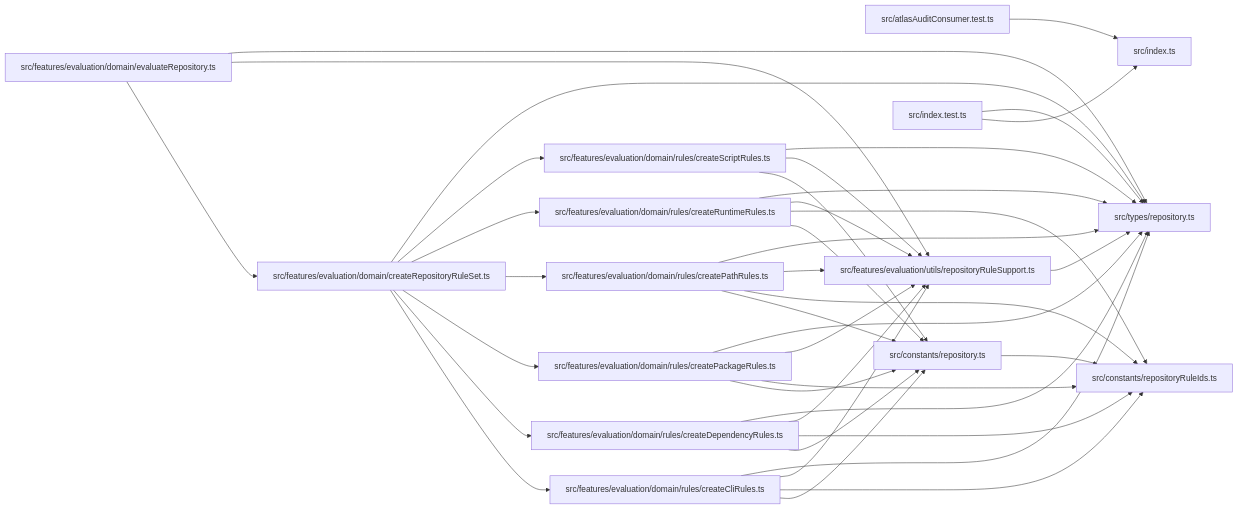
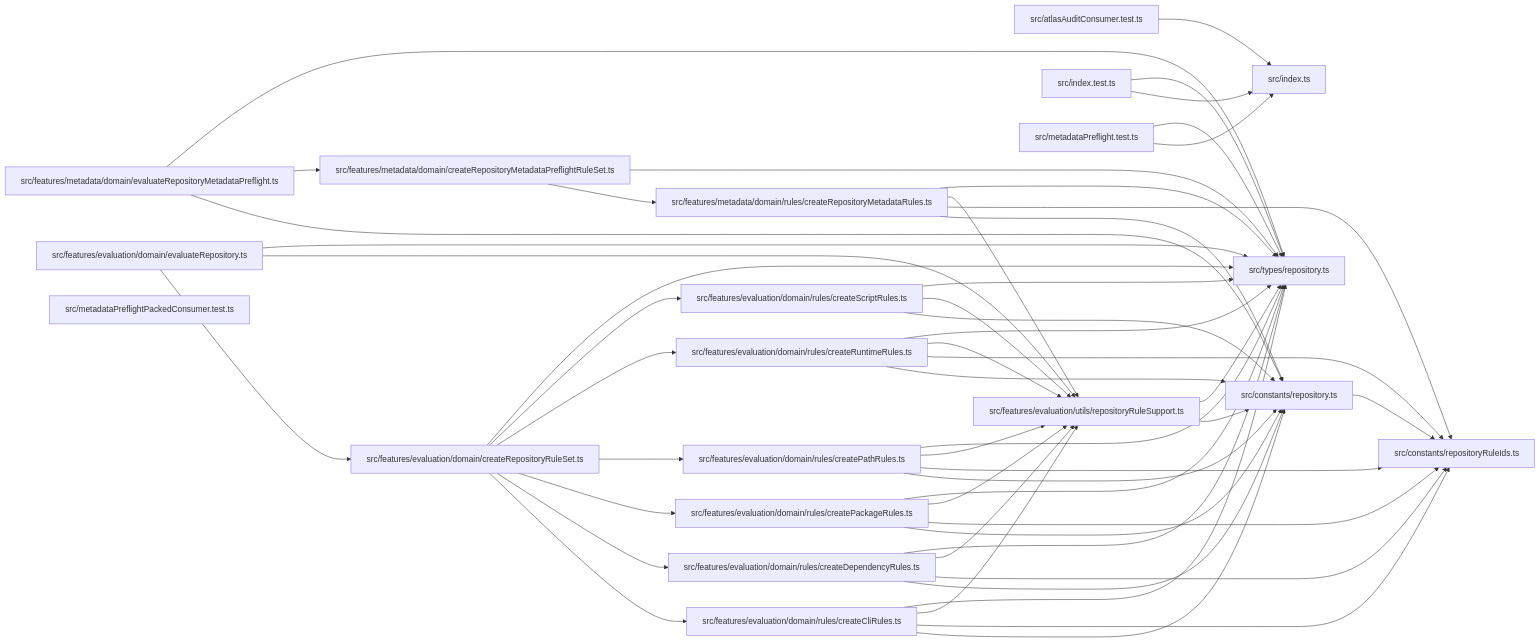
The diagram in paradox/diagrams/module-relationships.mmd (ankhorage/rules-repository), drawn with Mermaid before and after one commit. The commit also changed 12 other files, not shown here.

```diff
--- a/paradox/diagrams/module-relationships.mmd
+++ b/paradox/diagrams/module-relationships.mmd
@@ -1,54 +1,71 @@
 graph LR
   module_src_atlasAuditConsumer_test_ts["src/atlasAuditConsumer.test.ts"]
   module_src_constants_repository_ts["src/constants/repository.ts"]
   module_src_constants_repositoryRuleIds_ts["src/constants/repositoryRuleIds.ts"]
   module_src_features_evaluation_domain_createRepositoryRuleSet_ts["src/features/evaluation/domain/createRepositoryRuleSet.ts"]
   module_src_features_evaluation_domain_evaluateRepository_ts["src/features/evaluation/domain/evaluateRepository.ts"]
   module_src_features_evaluation_domain_rules_createCliRules_ts["src/features/evaluation/domain/rules/createCliRules.ts"]
   module_src_features_evaluation_domain_rules_createDependencyRules_ts["src/features/evaluation/domain/rules/createDependencyRules.ts"]
   module_src_features_evaluation_domain_rules_createPackageRules_ts["src/features/evaluation/domain/rules/createPackageRules.ts"]
   module_src_features_evaluation_domain_rules_createPathRules_ts["src/features/evaluation/domain/rules/createPathRules.ts"]
   module_src_features_evaluation_domain_rules_createRuntimeRules_ts["src/features/evaluation/domain/rules/createRuntimeRules.ts"]
   module_src_features_evaluation_domain_rules_createScriptRules_ts["src/features/evaluation/domain/rules/createScriptRules.ts"]
   module_src_features_evaluation_utils_repositoryRuleSupport_ts["src/features/evaluation/utils/repositoryRuleSupport.ts"]
+  module_src_features_metadata_domain_createRepositoryMetadataPreflightRuleSet_ts["src/features/metadata/domain/createRepositoryMetadataPreflightRuleSet.ts"]
+  module_src_features_metadata_domain_evaluateRepositoryMetadataPreflight_ts["src/features/metadata/domain/evaluateRepositoryMetadataPreflight.ts"]
+  module_src_features_metadata_domain_rules_createRepositoryMetadataRules_ts["src/features/metadata/domain/rules/createRepositoryMetadataRules.ts"]
   module_src_index_test_ts["src/index.test.ts"]
   module_src_index_ts["src/index.ts"]
+  module_src_metadataPreflight_test_ts["src/metadataPreflight.test.ts"]
+  module_src_metadataPreflightPackedConsumer_test_ts["src/metadataPreflightPackedConsumer.test.ts"]
   module_src_types_repository_ts["src/types/repository.ts"]
   module_src_atlasAuditConsumer_test_ts --> module_src_index_ts
   module_src_constants_repository_ts --> module_src_constants_repositoryRuleIds_ts
   module_src_features_evaluation_domain_createRepositoryRuleSet_ts --> module_src_features_evaluation_domain_rules_createCliRules_ts
   module_src_features_evaluation_domain_createRepositoryRuleSet_ts --> module_src_features_evaluation_domain_rules_createDependencyRules_ts
   module_src_features_evaluation_domain_createRepositoryRuleSet_ts --> module_src_features_evaluation_domain_rules_createPackageRules_ts
   module_src_features_evaluation_domain_createRepositoryRuleSet_ts --> module_src_features_evaluation_domain_rules_createPathRules_ts
   module_src_features_evaluation_domain_createRepositoryRuleSet_ts --> module_src_features_evaluation_domain_rules_createRuntimeRules_ts
   module_src_features_evaluation_domain_createRepositoryRuleSet_ts --> module_src_features_evaluation_domain_rules_createScriptRules_ts
   module_src_features_evaluation_domain_createRepositoryRuleSet_ts --> module_src_types_repository_ts
   module_src_features_evaluation_domain_evaluateRepository_ts --> module_src_features_evaluation_domain_createRepositoryRuleSet_ts
   module_src_features_evaluation_domain_evaluateRepository_ts --> module_src_features_evaluation_utils_repositoryRuleSupport_ts
   module_src_features_evaluation_domain_evaluateRepository_ts --> module_src_types_repository_ts
   module_src_features_evaluation_domain_rules_createCliRules_ts --> module_src_constants_repository_ts
   module_src_features_evaluation_domain_rules_createCliRules_ts --> module_src_constants_repositoryRuleIds_ts
   module_src_features_evaluation_domain_rules_createCliRules_ts --> module_src_features_evaluation_utils_repositoryRuleSupport_ts
   module_src_features_evaluation_domain_rules_createCliRules_ts --> module_src_types_repository_ts
   module_src_features_evaluation_domain_rules_createDependencyRules_ts --> module_src_constants_repository_ts
   module_src_features_evaluation_domain_rules_createDependencyRules_ts --> module_src_constants_repositoryRuleIds_ts
   module_src_features_evaluation_domain_rules_createDependencyRules_ts --> module_src_features_evaluation_utils_repositoryRuleSupport_ts
   module_src_features_evaluation_domain_rules_createDependencyRules_ts --> module_src_types_repository_ts
   module_src_features_evaluation_domain_rules_createPackageRules_ts --> module_src_constants_repository_ts
   module_src_features_evaluation_domain_rules_createPackageRules_ts --> module_src_constants_repositoryRuleIds_ts
   module_src_features_evaluation_domain_rules_createPackageRules_ts --> module_src_features_evaluation_utils_repositoryRuleSupport_ts
   module_src_features_evaluation_domain_rules_createPackageRules_ts --> module_src_types_repository_ts
   module_src_features_evaluation_domain_rules_createPathRules_ts --> module_src_constants_repository_ts
   module_src_features_evaluation_domain_rules_createPathRules_ts --> module_src_constants_repositoryRuleIds_ts
   module_src_features_evaluation_domain_rules_createPathRules_ts --> module_src_features_evaluation_utils_repositoryRuleSupport_ts
   module_src_features_evaluation_domain_rules_createPathRules_ts --> module_src_types_repository_ts
   module_src_features_evaluation_domain_rules_createRuntimeRules_ts --> module_src_constants_repository_ts
   module_src_features_evaluation_domain_rules_createRuntimeRules_ts --> module_src_constants_repositoryRuleIds_ts
   module_src_features_evaluation_domain_rules_createRuntimeRules_ts --> module_src_features_evaluation_utils_repositoryRuleSupport_ts
   module_src_features_evaluation_domain_rules_createRuntimeRules_ts --> module_src_types_repository_ts
   module_src_features_evaluation_domain_rules_createScriptRules_ts --> module_src_constants_repository_ts
   module_src_features_evaluation_domain_rules_createScriptRules_ts --> module_src_features_evaluation_utils_repositoryRuleSupport_ts
   module_src_features_evaluation_domain_rules_createScriptRules_ts --> module_src_types_repository_ts
+  module_src_features_evaluation_utils_repositoryRuleSupport_ts --> module_src_constants_repository_ts
   module_src_features_evaluation_utils_repositoryRuleSupport_ts --> module_src_types_repository_ts
+  module_src_features_metadata_domain_createRepositoryMetadataPreflightRuleSet_ts --> module_src_features_metadata_domain_rules_createRepositoryMetadataRules_ts
+  module_src_features_metadata_domain_createRepositoryMetadataPreflightRuleSet_ts --> module_src_types_repository_ts
+  module_src_features_metadata_domain_evaluateRepositoryMetadataPreflight_ts --> module_src_constants_repository_ts
+  module_src_features_metadata_domain_evaluateRepositoryMetadataPreflight_ts --> module_src_features_metadata_domain_createRepositoryMetadataPreflightRuleSet_ts
+  module_src_features_metadata_domain_evaluateRepositoryMetadataPreflight_ts --> module_src_types_repository_ts
+  module_src_features_metadata_domain_rules_createRepositoryMetadataRules_ts --> module_src_constants_repository_ts
+  module_src_features_metadata_domain_rules_createRepositoryMetadataRules_ts --> module_src_constants_repositoryRuleIds_ts
+  module_src_features_metadata_domain_rules_createRepositoryMetadataRules_ts --> module_src_features_evaluation_utils_repositoryRuleSupport_ts
+  module_src_features_metadata_domain_rules_createRepositoryMetadataRules_ts --> module_src_types_repository_ts
   module_src_index_test_ts --> module_src_index_ts
   module_src_index_test_ts --> module_src_types_repository_ts
+  module_src_metadataPreflight_test_ts --> module_src_index_ts
+  module_src_metadataPreflight_test_ts --> module_src_types_repository_ts
```
